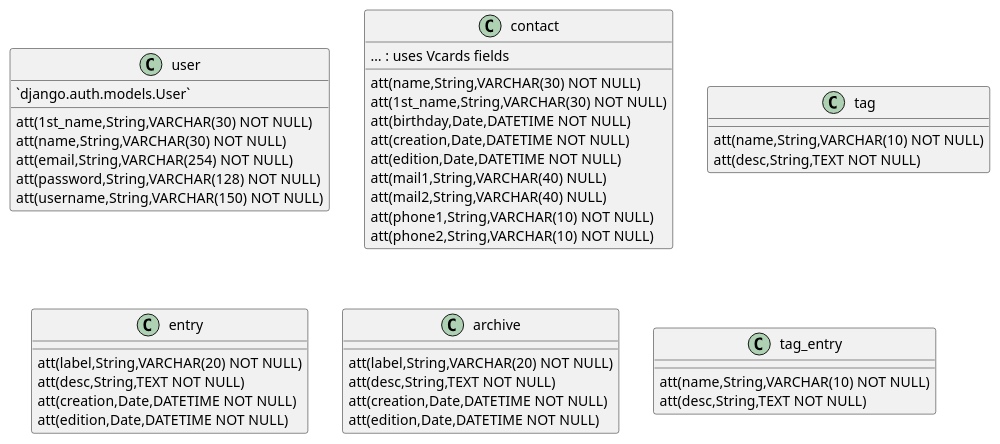
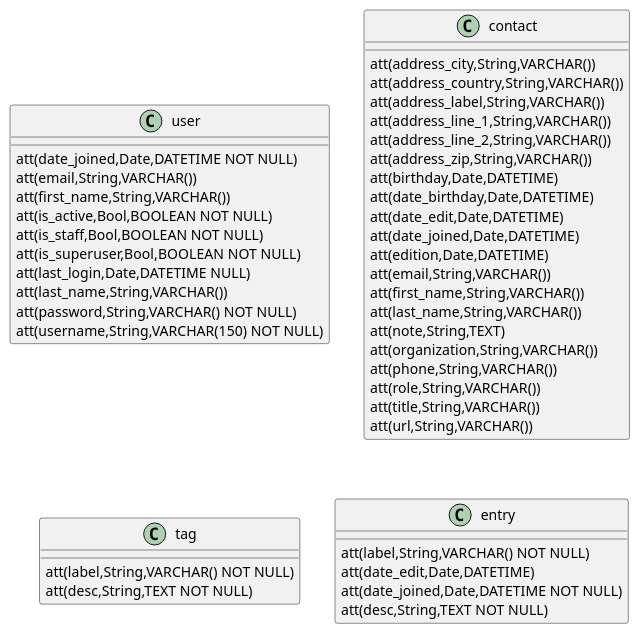
The diagram in doc/data_model/attributes.iuml (freezed/ocp13), drawn with PlantUML before and after one commit. The commit also changed 10 other files, not shown here.

```diff
--- a/doc/data_model/attributes.iuml
+++ b/doc/data_model/attributes.iuml
@@ -1,46 +1,48 @@
 /' = = = = = = = ATTRIBUTES = = = = = = = '/
-class user{
-    att(1st_name,String,VARCHAR(30) NOT NULL)
-    att(name,String,VARCHAR(30) NOT NULL)
-    att(email,String,VARCHAR(254) NOT NULL)
-    att(password,String,VARCHAR(128) NOT NULL)
+class user {
+    att(date_joined,Date,DATETIME NOT NULL)
+    att(email,String,VARCHAR())
+    att(first_name,String,VARCHAR())
+    att(is_active,Bool,BOOLEAN NOT NULL)
+    att(is_staff,Bool,BOOLEAN NOT NULL)
+    att(is_superuser,Bool,BOOLEAN NOT NULL)
+    att(last_login,Date,DATETIME NULL)
+    att(last_name,String,VARCHAR())
+    att(password,String,VARCHAR() NOT NULL)
     att(username,String,VARCHAR(150) NOT NULL)
-    `django.auth.models.User`
 }
 
-class contact{
-    att(name,String,VARCHAR(30) NOT NULL)
-    att(1st_name,String,VARCHAR(30) NOT NULL)
-    att(birthday,Date,DATETIME NOT NULL)
-    att(creation,Date,DATETIME NOT NULL)
-    att(edition,Date,DATETIME NOT NULL)
-    att(mail1,String,VARCHAR(40) NULL)
-    att(mail2,String,VARCHAR(40) NULL)
-    att(phone1,String,VARCHAR(10) NOT NULL)
-    att(phone2,String,VARCHAR(10) NOT NULL)
-    … : uses Vcards fields
+class contact {
+    att(address_city,String,VARCHAR())
+    att(address_country,String,VARCHAR())
+    att(address_label,String,VARCHAR())
+    att(address_line_1,String,VARCHAR())
+    att(address_line_2,String,VARCHAR())
+    att(address_zip,String,VARCHAR())
+    att(birthday,Date,DATETIME)
+    att(date_birthday,Date,DATETIME)
+    att(date_edit,Date,DATETIME)
+    att(date_joined,Date,DATETIME)
+    att(edition,Date,DATETIME)
+    att(email,String,VARCHAR())
+    att(first_name,String,VARCHAR())
+    att(last_name,String,VARCHAR())
+    att(note,String,TEXT)
+    att(organization,String,VARCHAR())
+    att(phone,String,VARCHAR())
+    att(role,String,VARCHAR())
+    att(title,String,VARCHAR())
+    att(url,String,VARCHAR())
 }
 
-class tag{
-    att(name,String,VARCHAR(10) NOT NULL)
+class tag {
+    att(label,String,VARCHAR() NOT NULL)
     att(desc,String,TEXT NOT NULL)
 }
 
-class entry{
-    att(label,String,VARCHAR(20) NOT NULL)
-    att(desc,String,TEXT NOT NULL)
-    att(creation,Date,DATETIME NOT NULL)
-    att(edition,Date,DATETIME NOT NULL)
-}
-
-class archive{
-    att(label,String,VARCHAR(20) NOT NULL)
-    att(desc,String,TEXT NOT NULL)
-    att(creation,Date,DATETIME NOT NULL)
-    att(edition,Date,DATETIME NOT NULL)
-}
-
-class tag_entry{
-    att(name,String,VARCHAR(10) NOT NULL)
+class entry {
+    att(label,String,VARCHAR() NOT NULL)
+    att(date_edit,Date,DATETIME)
+    att(date_joined,Date,DATETIME NOT NULL)
     att(desc,String,TEXT NOT NULL)
 }
```
